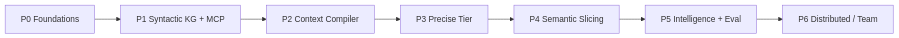
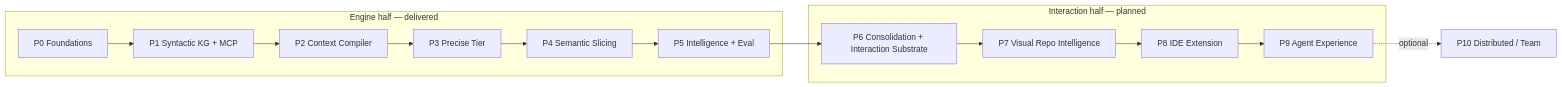
The second of 14 diagrams in docs/planning/PLANNING-AND-IMPLEMENTATION.md (Md-Jazbee/prism), drawn with Mermaid before and after one commit. The commit also changed other lines of this file and 68 other files, not shown here.

````diff
--- a/docs/planning/PLANNING-AND-IMPLEMENTATION.md
+++ b/docs/planning/PLANNING-AND-IMPLEMENTATION.md
@@ -113,9 +122,18 @@
 ```mermaid
 flowchart LR
-    P0[P0 Foundations] --> P1[P1 Syntactic KG + MCP]
-    P1 --> P2[P2 Context Compiler]
-    P2 --> P3[P3 Precise Tier]
-    P3 --> P4[P4 Semantic Slicing]
-    P4 --> P5[P5 Intelligence + Eval]
-    P5 --> P6[P6 Distributed / Team]
+    subgraph Engine["Engine half — delivered"]
+      P0[P0 Foundations] --> P1[P1 Syntactic KG + MCP]
+      P1 --> P2[P2 Context Compiler]
+      P2 --> P3[P3 Precise Tier]
+      P3 --> P4[P4 Semantic Slicing]
+      P4 --> P5[P5 Intelligence + Eval]
+    end
+    subgraph Interaction["Interaction half — planned"]
+      P6[P6 Consolidation + Interaction Substrate]
+      P7[P7 Visual Repo Intelligence]
+      P8[P8 IDE Extension]
+      P9[P9 Agent Experience]
+    end
+    P5 --> P6 --> P7 --> P8 --> P9
+    P9 -.optional.-> P10[P10 Distributed / Team]
 ```
````
